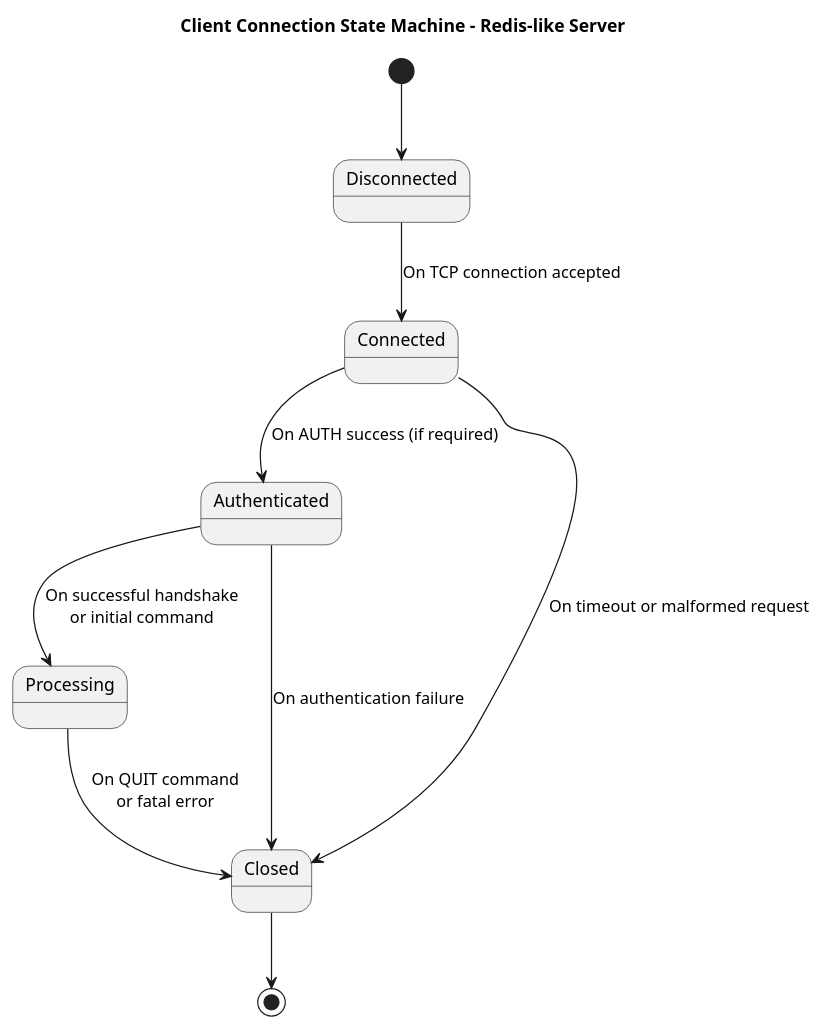
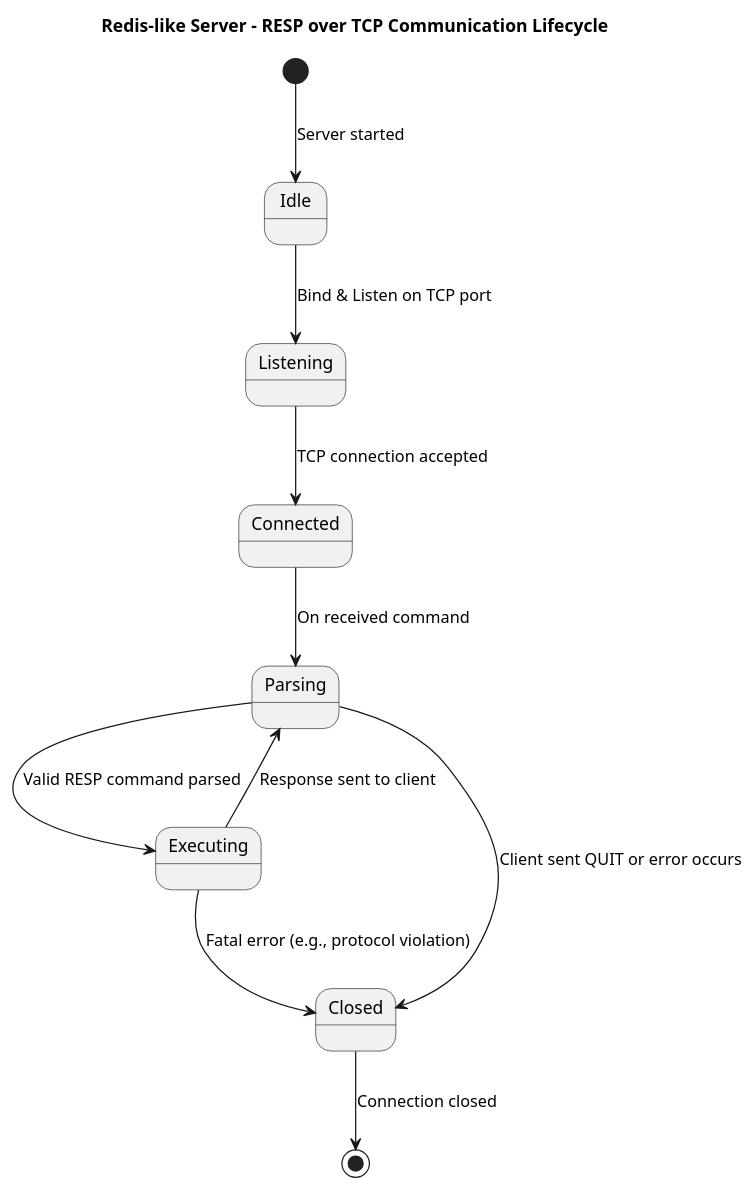
Before and after one commit to sleepyviper1213/redis: the diagram in docs/analysis/diagrams/state_connection_lifecycle.puml, drawn with PlantUML. The commit also changed 5 other files, not shown here.

First line of the commit message:
[docs]: add Section 3.5 Object-Oriented Models with architecture and diagrams

```diff
--- a/docs/analysis/diagrams/state_connection_lifecycle.puml
+++ b/docs/analysis/diagrams/state_connection_lifecycle.puml
@@ -1,16 +1,22 @@
 @startuml
-title Client Connection State Machine - Redis-like Server
+title Redis-like Server - RESP over TCP Communication Lifecycle
 
-[*] --> Disconnected
+[*] --> Idle : Server started
 
-Disconnected --> Connected : On TCP connection accepted
-Connected --> Authenticated : On AUTH success (if required)
-Authenticated --> Processing : On successful handshake\nor initial command
+Idle --> Listening : Bind & Listen on TCP port
 
-Processing --> Closed : On QUIT command\nor fatal error
-Authenticated --> Closed : On authentication failure
-Connected --> Closed : On timeout or malformed request
+Listening --> Connected : TCP connection accepted
 
-Closed --> [*]
+Connected --> Parsing : On received command
+
+
+Parsing --> Executing : Valid RESP command parsed
+
+Executing --> Parsing : Response sent to client
+Executing --> Closed : Fatal error (e.g., protocol violation)
+
+Parsing --> Closed : Client sent QUIT or error occurs
+
+Closed --> [*] : Connection closed
 
 @enduml
```
